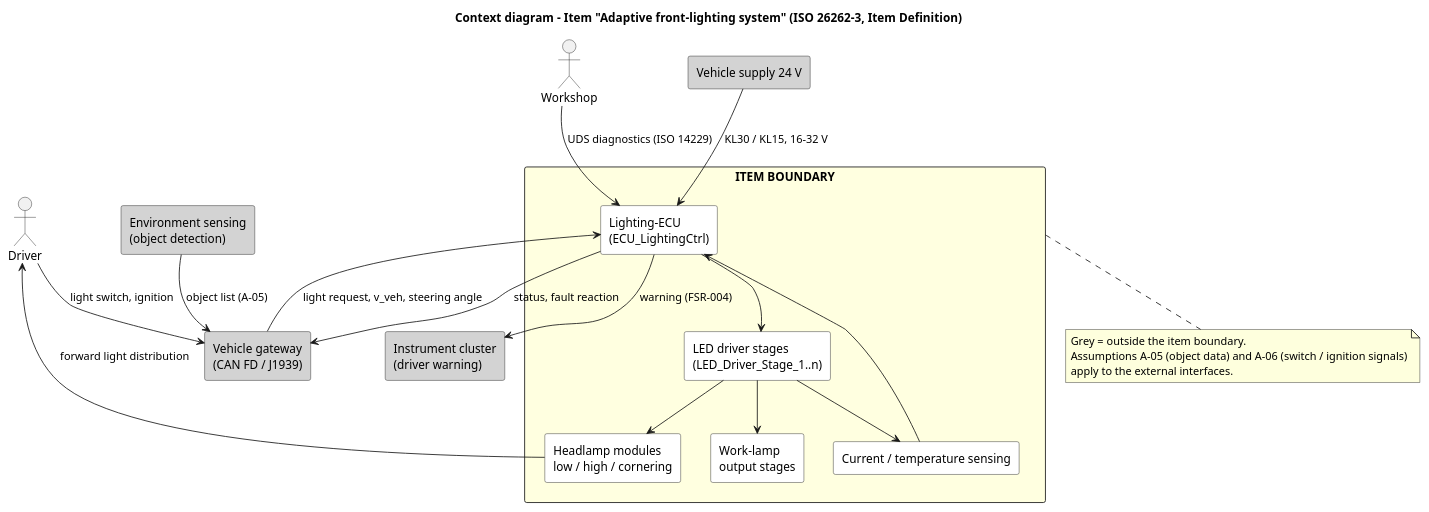
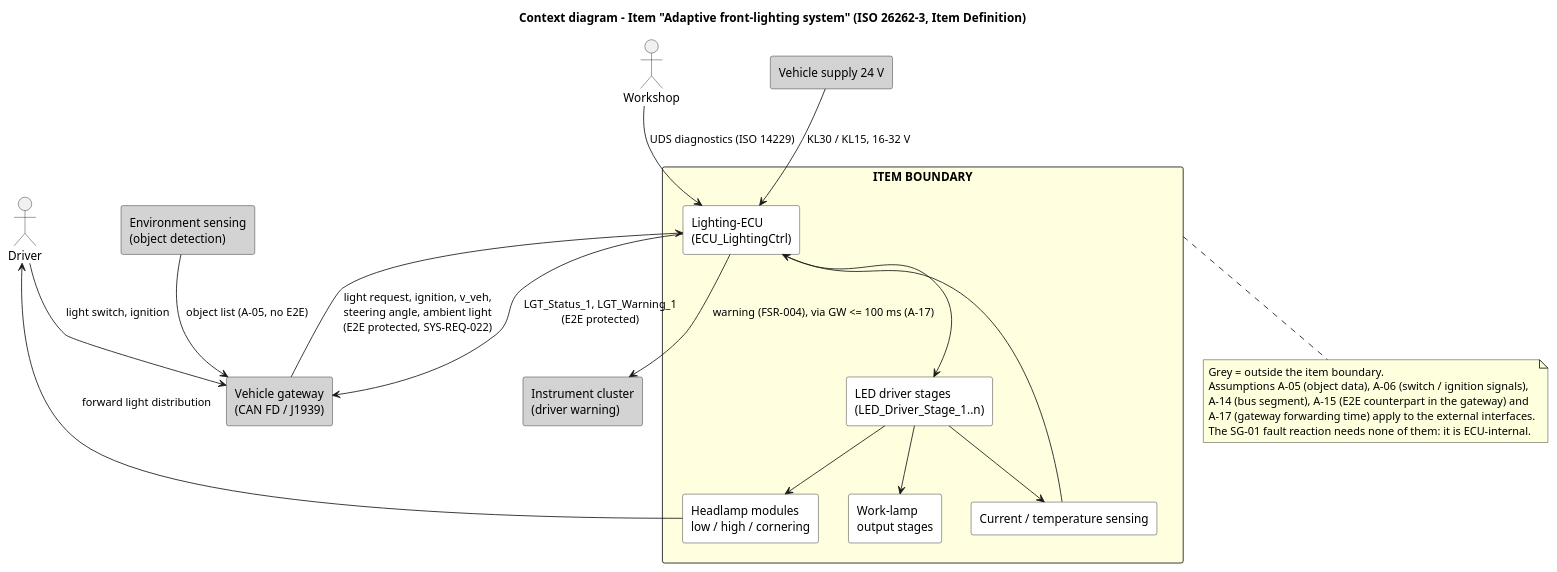
The diagram in 03_model/plantuml/ctx_item.puml (bny61/beleuchtungssystem-aspice), drawn with PlantUML before and after one commit. The commit also changed 12 other files, not shown here.

First line of the commit message:
feat(sys.3): CAN FD/J1939 message catalogue, bus timing and E2E protection

```diff
--- a/03_model/plantuml/ctx_item.puml
+++ b/03_model/plantuml/ctx_item.puml
@@ -1,42 +1,44 @@
 @startuml ctx_item
 title Context diagram - Item "Adaptive front-lighting system" (ISO 26262-3, Item Definition)
 skinparam rectangle {
   BackgroundColor White
 }
 skinparam componentStyle rectangle
 
 rectangle "ITEM BOUNDARY" as ITEM #LightYellow {
   rectangle "Lighting-ECU\n(ECU_LightingCtrl)" as ECU
   rectangle "LED driver stages\n(LED_Driver_Stage_1..n)" as DRV
   rectangle "Current / temperature sensing" as SENS
   rectangle "Headlamp modules\nlow / high / cornering" as LAMP
   rectangle "Work-lamp\noutput stages" as WORK
   ECU --> DRV
   DRV --> LAMP
   DRV --> WORK
   SENS --> ECU
   DRV --> SENS
 }
 
 actor "Driver" as DRIVER
 actor "Workshop" as SERVICE
 rectangle "Vehicle gateway\n(CAN FD / J1939)" as GW #LightGray
 rectangle "Vehicle supply 24 V" as PWR #LightGray
 rectangle "Environment sensing\n(object detection)" as CAM #LightGray
 rectangle "Instrument cluster\n(driver warning)" as HMI #LightGray
 
 DRIVER --> GW : light switch, ignition
-GW --> ECU : light request, v_veh, steering angle
-CAM --> GW : object list (A-05)
-ECU --> GW : status, fault reaction
-ECU --> HMI : warning (FSR-004)
+GW --> ECU : light request, ignition, v_veh,\nsteering angle, ambient light\n(E2E protected, SYS-REQ-022)
+CAM --> GW : object list (A-05, no E2E)
+ECU --> GW : LGT_Status_1, LGT_Warning_1\n(E2E protected)
+ECU --> HMI : warning (FSR-004), via GW <= 100 ms (A-17)
 SERVICE --> ECU : UDS diagnostics (ISO 14229)
 PWR --> ECU : KL30 / KL15, 16-32 V
 LAMP --> DRIVER : forward light distribution
 
 note bottom of ITEM
   Grey = outside the item boundary.
-  Assumptions A-05 (object data) and A-06 (switch / ignition signals)
-  apply to the external interfaces.
+  Assumptions A-05 (object data), A-06 (switch / ignition signals),
+  A-14 (bus segment), A-15 (E2E counterpart in the gateway) and
+  A-17 (gateway forwarding time) apply to the external interfaces.
+  The SG-01 fault reaction needs none of them: it is ECU-internal.
 end note
 @enduml
```
